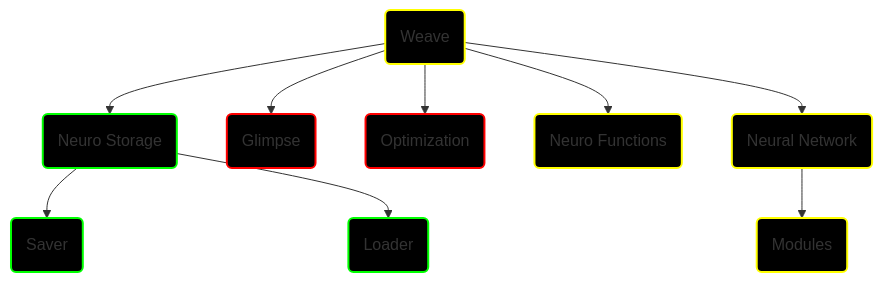
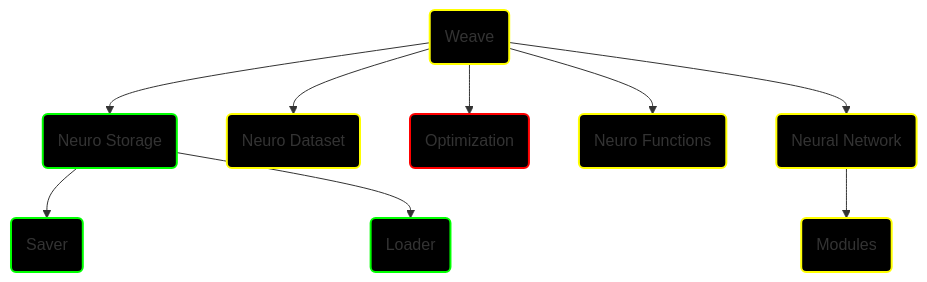
One commit to stas-gatin/NeuroWeave changed the diagram in README.md. Above: the diagram before and after it, drawn with Mermaid.

````diff
--- a/README.md
+++ b/README.md
@@ -76,20 +76,20 @@
 ```mermaid
 graph TD;
     weave(Weave)-->neuro_storage(Neuro Storage);
-    weave-->glimpse(Glimpse);
+    weave-->neuro_dataset(Neuro Dataset);
     weave-->optim(Optimization);
     weave-->random(Neuro Functions);
     weave-->nn(Neural Network);
     nn-->modules(Modules);
     neuro_storage-->saver(Saver);
     neuro_storage-->loader(Loader);
 
     classDef in_process fill:#000,stroke:#ffff00,stroke-width:2px;
     classDef done fill:#000,stroke:#00ff00,stroke-width:2px;
     classDef not_done fill:#000,stroke:#ff0000,stroke-width:2px;
 
-    class weave,nn,modules,network,random in_process;
+    class weave,nn,modules,network,random,neuro_dataset in_process;
     class neuro_storage,saver,loader done;
-    class glimpse,optim not_done;
+    class optim not_done;
 
 ```
````
